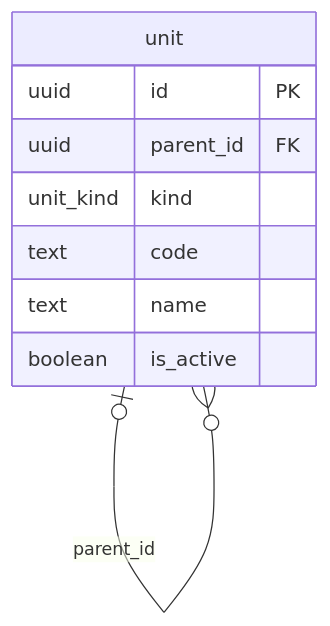
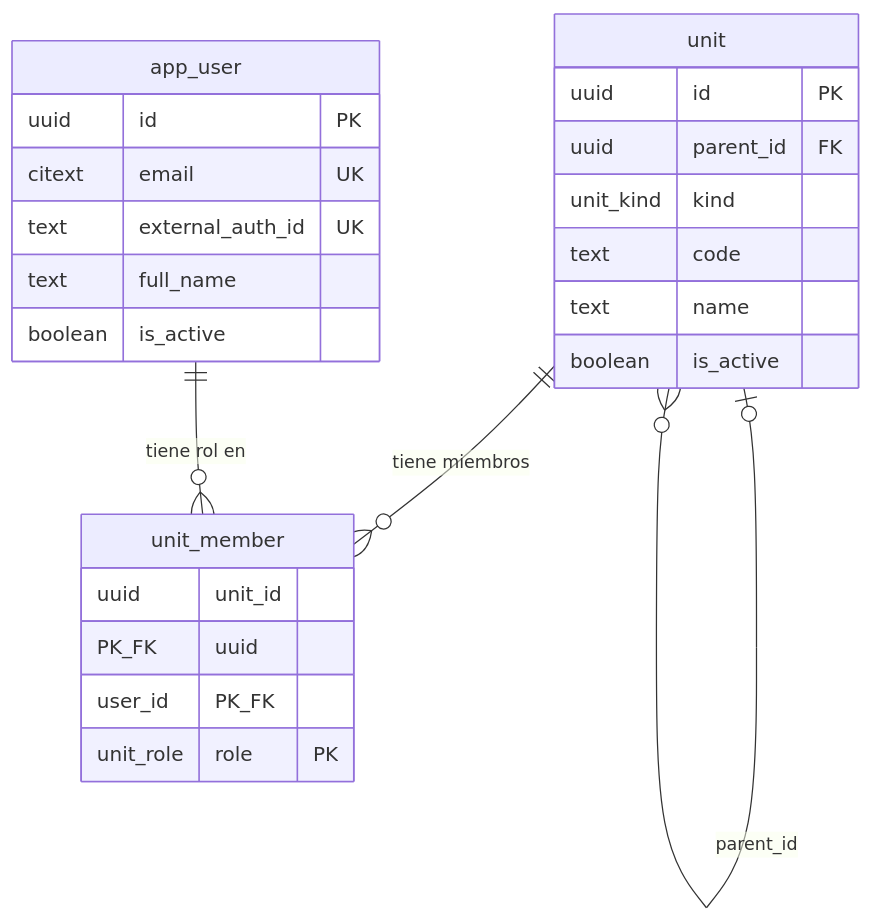
One commit to MarkoDotCom/logistica-comunidad changed the diagram in database/README.md. Above: the diagram before and after it, drawn with Mermaid. The commit also changed other lines of this file and 5 other files, not shown here.

````diff
--- a/database/README.md
+++ b/database/README.md
@@ -48,12 +49,26 @@
 ```mermaid
 erDiagram
   unit o|--o{ unit : "parent_id"
+  unit     ||--o{ unit_member : "tiene miembros"
+  app_user ||--o{ unit_member : "tiene rol en"
   unit {
     uuid id PK
     uuid parent_id FK
     unit_kind kind
     text code
     text name
     boolean is_active
   }
+  app_user {
+    uuid id PK
+    citext email UK
+    text external_auth_id UK
+    text full_name
+    boolean is_active
+  }
+  unit_member {
+    uuid unit_id PK_FK
+    uuid user_id PK_FK
+    unit_role role PK
+  }
 ```
````
